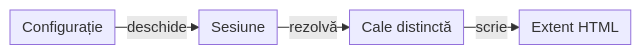
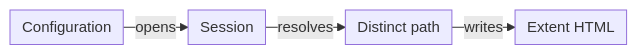
Before and after one commit to crististefanita/atf_j0: diagram 11 of 11 in docs/ATF_Reporting_Contract.md, drawn with Mermaid. The commit also changed other lines of this file and 113 other files, not shown here.

````diff
--- a/docs/ATF_Reporting_Contract.md
+++ b/docs/ATF_Reporting_Contract.md
@@ -884,7 +728,7 @@
 ```mermaid
 %%{init: {"themeVariables":{"fontSize":"15px"},"themeCSS":".nodeLabel, .nodeLabel p { font-size: 15px !important; line-height: 1.35 !important; } .edgeLabel, .edgeLabel p { font-size: 12px !important; font-weight: 400 !important; line-height: 1.2 !important; } .edgeLabel .labelBkg, .edgeLabel p { background: transparent !important; } .edgeLabel foreignObject { transform: translateY(-18px); overflow: visible; } .node rect { rx: 6px; ry: 6px; }","flowchart":{"curve":"linear","nodeSpacing":24,"rankSpacing":24,"padding":6,"diagramPadding":20}}}%%
 flowchart LR
-    Config["Configurație"] -->|deschide| Session["Sesiune"]
-    Session -->|rezolvă| Path["Cale distinctă"]
-    Path -->|scrie| Artifact["Extent HTML"]
+    Config["Configuration"] -->|opens| Session["Session"]
+    Session -->|resolves| Path["Distinct path"]
+    Path -->|writes| Artifact["Extent HTML"]
 ```
````
